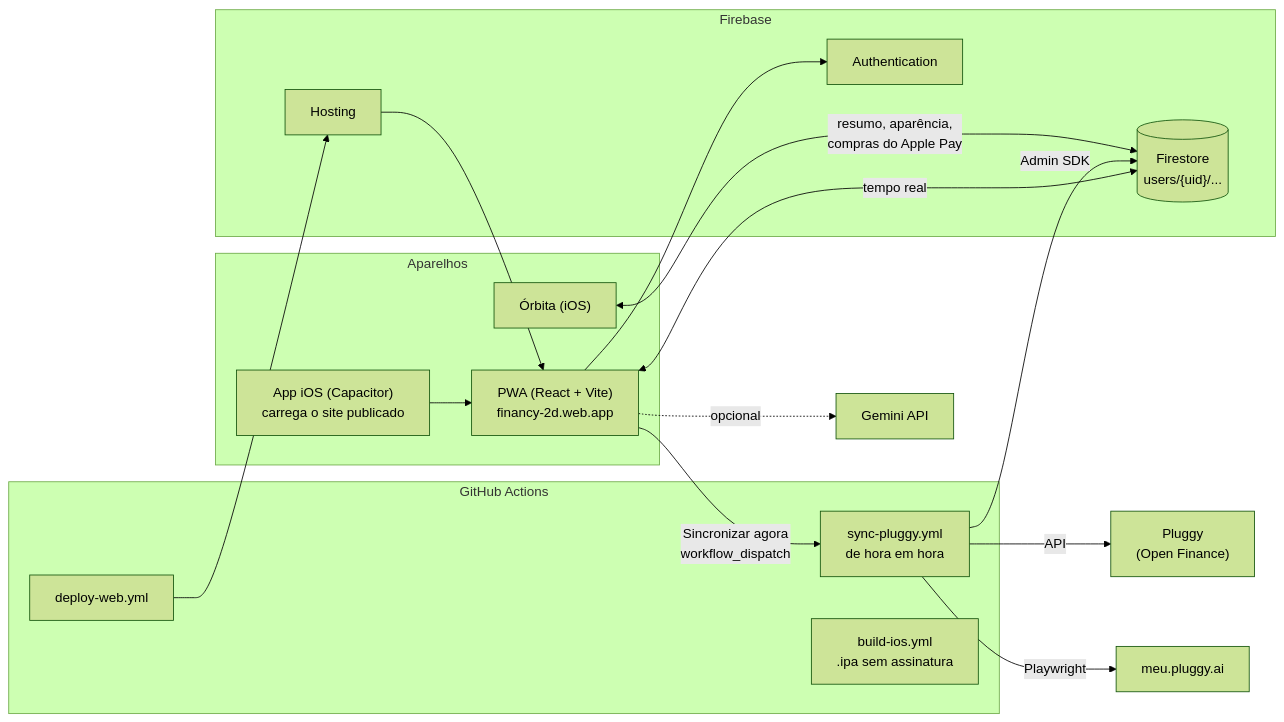
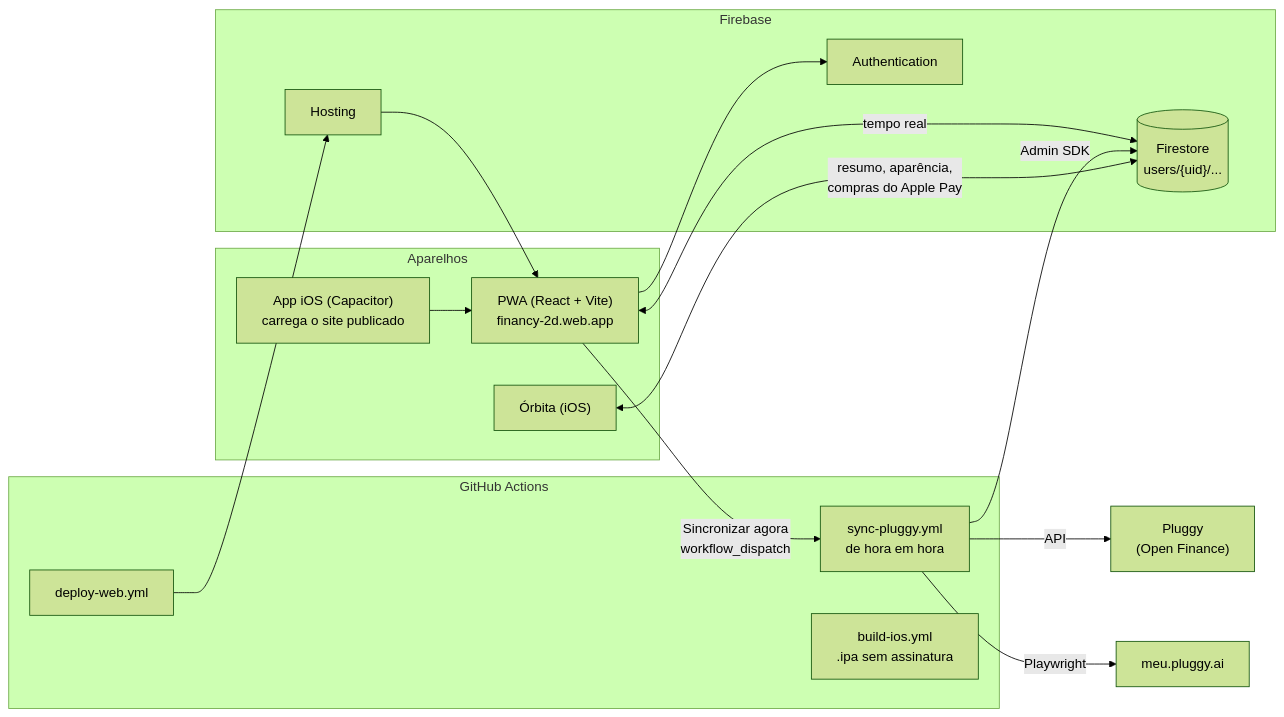
The diagram in README.md (GabrielPMachado/Financy), drawn with Mermaid (forest theme) before and after one commit. The commit also changed other lines of this file and 21 other files, not shown here.

````diff
--- a/README.md
+++ b/README.md
@@ -68,32 +68,31 @@
 ```mermaid
 flowchart LR
   subgraph Aparelhos
     PWA["PWA (React + Vite)<br/>financy-2d.web.app"]
     IOS["App iOS (Capacitor)<br/>carrega o site publicado"]
     ORB["Órbita (iOS)"]
   end
 
   subgraph Firebase
     AUTH[Authentication]
     FS[("Firestore<br/>users/{uid}/...")]
     HOST[Hosting]
   end
 
   subgraph GA["GitHub Actions"]
     SYNC["sync-pluggy.yml<br/>de hora em hora"]
     DEPLOY[deploy-web.yml]
     BUILD["build-ios.yml<br/>.ipa sem assinatura"]
   end
 
   IOS --> PWA
   PWA <-->|tempo real| FS
   PWA --> AUTH
   PWA -->|"Sincronizar agora"<br/>workflow_dispatch| SYNC
   SYNC -->|API| PLUGGY["Pluggy<br/>(Open Finance)"]
   SYNC -->|Playwright| MEU["meu.pluggy.ai"]
   SYNC -->|Admin SDK| FS
   DEPLOY --> HOST
   HOST --> PWA
   ORB <-->|"resumo, aparência,<br/>compras do Apple Pay"| FS
-  PWA -.->|opcional| GEM[Gemini API]
 ```
````
